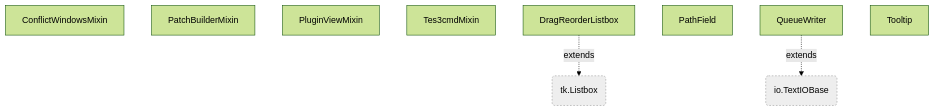
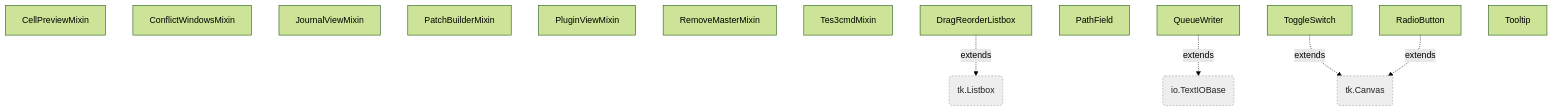
The eighth of 18 diagrams in art/AST-deps.md (staticnation/WraithguardToolkit), drawn with Mermaid (forest theme) before and after one commit. The commit also changed other lines of this file and 25 other files, not shown here.

````diff
--- a/art/AST-deps.md
+++ b/art/AST-deps.md
@@ -1148,16 +2793,24 @@
 ```mermaid
 flowchart TD
+  n_wraithguard_gui_cellpreview_CellPreviewMixin["CellPreviewMixin"]
   n_wraithguard_gui_conflicts_ConflictWindowsMixin["ConflictWindowsMixin"]
+  n_wraithguard_gui_journalview_JournalViewMixin["JournalViewMixin"]
   n_wraithguard_gui_patchwin_PatchBuilderMixin["PatchBuilderMixin"]
   n_wraithguard_gui_pluginview_PluginViewMixin["PluginViewMixin"]
+  n_wraithguard_gui_removemaster_RemoveMasterMixin["RemoveMasterMixin"]
   n_wraithguard_gui_t3_Tes3cmdMixin["Tes3cmdMixin"]
   n_wraithguard_gui_widgets_DragReorderListbox["DragReorderListbox"]
   n_wraithguard_gui_widgets_PathField["PathField"]
   n_wraithguard_gui_widgets_QueueWriter["QueueWriter"]
+  n_wraithguard_gui_widgets_RadioButton["RadioButton"]
+  n_wraithguard_gui_widgets_ToggleSwitch["ToggleSwitch"]
   n_wraithguard_gui_widgets_Tooltip["Tooltip"]
+  n_EXTBASE_tk_Canvas("tk.Canvas"):::external
+  n_wraithguard_gui_widgets_ToggleSwitch -.->|extends| n_EXTBASE_tk_Canvas
+  n_wraithguard_gui_widgets_RadioButton -.->|extends| n_EXTBASE_tk_Canvas
   n_EXTBASE_io_TextIOBase("io.TextIOBase"):::external
   n_wraithguard_gui_widgets_QueueWriter -.->|extends| n_EXTBASE_io_TextIOBase
   n_EXTBASE_tk_Listbox("tk.Listbox"):::external
   n_wraithguard_gui_widgets_DragReorderListbox -.->|extends| n_EXTBASE_tk_Listbox
-  classDef external fill:#eee,stroke:#999,stroke-dasharray: 3 3
+  classDef external fill:#eee,stroke:#999,stroke-dasharray: 3 3,color:#222
 ```
````
